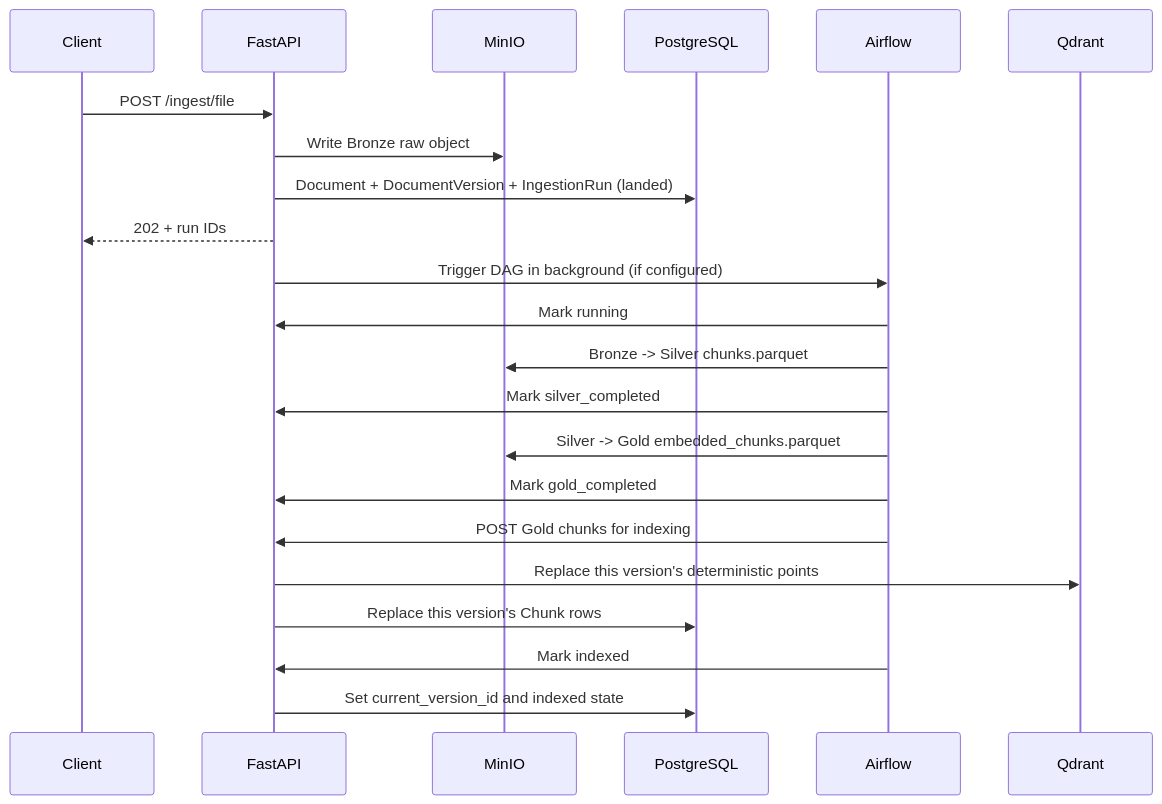
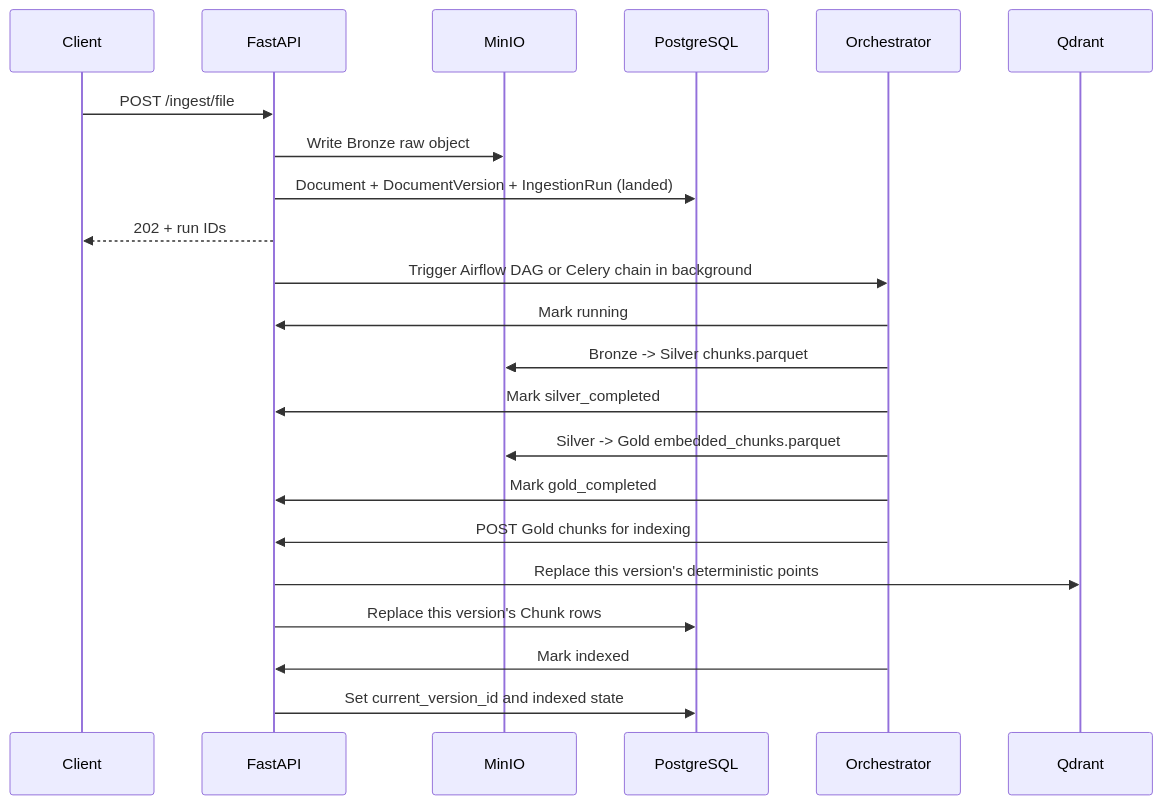
One commit to moad-cod/ragforge changed the second of 4 diagrams in backend/BACKEND_MAP.md. Above: the diagram before and after it, drawn with Mermaid. The commit also changed other lines of this file, not shown here.

Commit message:
Update backend map for Celery orchestration

````diff
--- a/backend/BACKEND_MAP.md
+++ b/backend/BACKEND_MAP.md
@@ -153,25 +161,25 @@
 ```mermaid
 sequenceDiagram
     participant C as Client
     participant F as FastAPI
     participant M as MinIO
     participant P as PostgreSQL
-    participant A as Airflow
+    participant O as Orchestrator
     participant Q as Qdrant
 
     C->>F: POST /ingest/file
     F->>M: Write Bronze raw object
     F->>P: Document + DocumentVersion + IngestionRun (landed)
     F-->>C: 202 + run IDs
-    F->>A: Trigger DAG in background (if configured)
-    A->>F: Mark running
-    A->>M: Bronze -> Silver chunks.parquet
-    A->>F: Mark silver_completed
-    A->>M: Silver -> Gold embedded_chunks.parquet
-    A->>F: Mark gold_completed
-    A->>F: POST Gold chunks for indexing
+    F->>O: Trigger Airflow DAG or Celery chain in background
+    O->>F: Mark running
+    O->>M: Bronze -> Silver chunks.parquet
+    O->>F: Mark silver_completed
+    O->>M: Silver -> Gold embedded_chunks.parquet
+    O->>F: Mark gold_completed
+    O->>F: POST Gold chunks for indexing
     F->>Q: Replace this version's deterministic points
     F->>P: Replace this version's Chunk rows
-    A->>F: Mark indexed
+    O->>F: Mark indexed
     F->>P: Set current_version_id and indexed state
 ```
````
